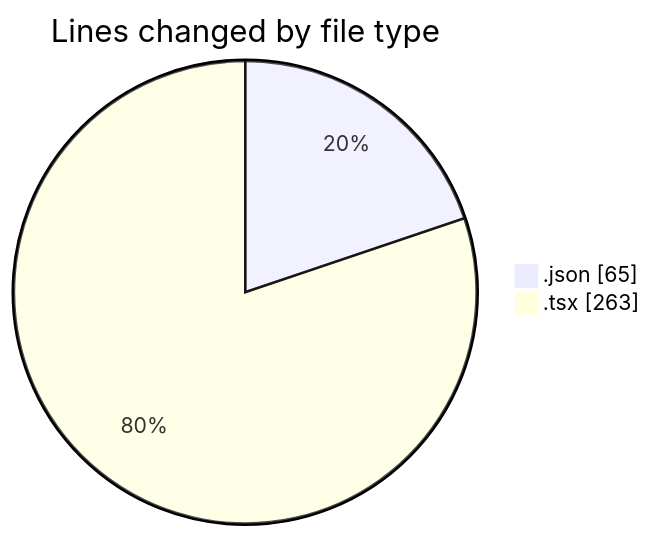
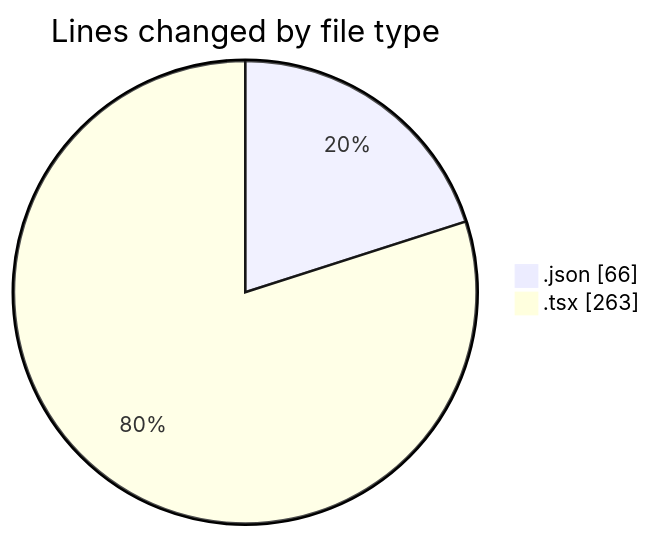
The first of 2 diagrams in 2026-03-24/cda/README.md (momahboobian/code-tracking), drawn with Mermaid before and after one commit. The commit also changed other lines of this file and 1 other file, not shown here.

````diff
--- a/2026-03-24/cda/README.md
+++ b/2026-03-24/cda/README.md
@@ -22,6 +22,6 @@
 ```mermaid
 pie showData
 title Lines changed by file type
-".json" : 65
+".json" : 66
 ".tsx" : 263
 ```
````
